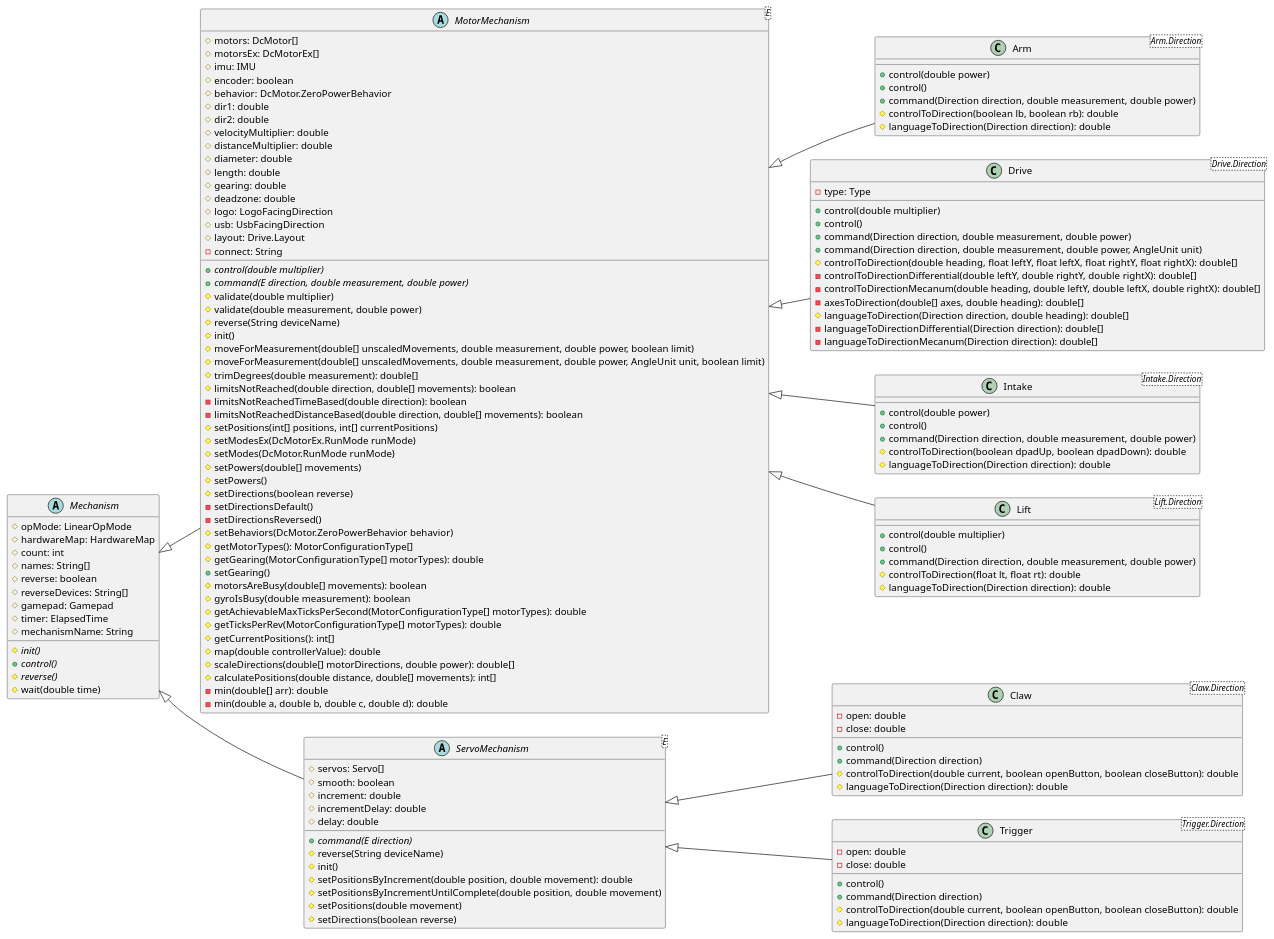
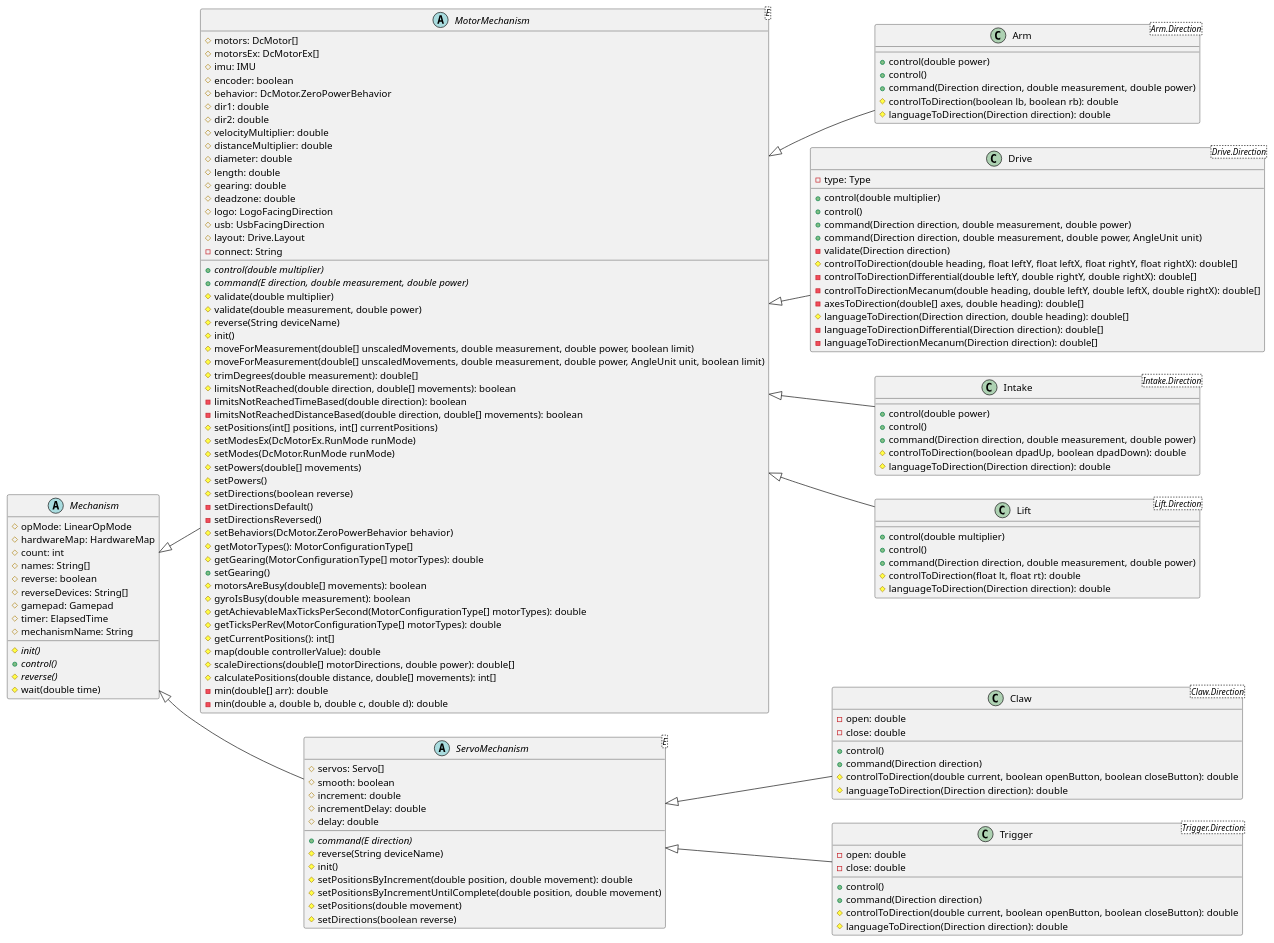
One commit to Collegiate-Edu-Nation/easy-ftc changed the diagram in docs/uml/src/mechanism.puml. Above: the diagram before and after it, drawn with PlantUML. The commit also changed 2 other files, not shown here.

```diff
--- a/docs/uml/src/mechanism.puml
+++ b/docs/uml/src/mechanism.puml
@@ -1,157 +1,158 @@
 @startuml
 
 left to right direction
 
 abstract class Mechanism {
     # opMode: LinearOpMode
     # hardwareMap: HardwareMap
     # count: int
     # names: String[]
     # reverse: boolean
     # reverseDevices: String[]
     # gamepad: Gamepad
     # timer: ElapsedTime
     # mechanismName: String
     {abstract}# init()
     {abstract}+ control()
     {abstract}# reverse()
     # wait(double time)
 }
 
 abstract class MotorMechanism<E> {
     # motors: DcMotor[] 
     # motorsEx: DcMotorEx[] 
     # imu: IMU
     # encoder: boolean
     # behavior: DcMotor.ZeroPowerBehavior
     # dir1: double
     # dir2: double
     # velocityMultiplier: double
     # distanceMultiplier: double
     # diameter: double
     # length: double
     # gearing: double
     # deadzone: double
     # logo: LogoFacingDirection
     # usb: UsbFacingDirection
     # layout: Drive.Layout
     - connect: String
     {abstract}+ control(double multiplier)
     {abstract}+ command(E direction, double measurement, double power)
     # validate(double multiplier)
     # validate(double measurement, double power)
     # reverse(String deviceName)
     # init()
     # moveForMeasurement(double[] unscaledMovements, double measurement, double power, boolean limit)
     # moveForMeasurement(double[] unscaledMovements, double measurement, double power, AngleUnit unit, boolean limit)
     # trimDegrees(double measurement): double[]
     # limitsNotReached(double direction, double[] movements): boolean
     - limitsNotReachedTimeBased(double direction): boolean
     - limitsNotReachedDistanceBased(double direction, double[] movements): boolean
     # setPositions(int[] positions, int[] currentPositions)
     # setModesEx(DcMotorEx.RunMode runMode)
     # setModes(DcMotor.RunMode runMode)
     # setPowers(double[] movements)
     # setPowers()
     # setDirections(boolean reverse)
     - setDirectionsDefault()
     - setDirectionsReversed()
     # setBehaviors(DcMotor.ZeroPowerBehavior behavior)
     # getMotorTypes(): MotorConfigurationType[]
     # getGearing(MotorConfigurationType[] motorTypes): double
     + setGearing()
     # motorsAreBusy(double[] movements): boolean
     # gyroIsBusy(double measurement): boolean
     # getAchievableMaxTicksPerSecond(MotorConfigurationType[] motorTypes): double
     # getTicksPerRev(MotorConfigurationType[] motorTypes): double
     # getCurrentPositions(): int[]
     # map(double controllerValue): double
     # scaleDirections(double[] motorDirections, double power): double[]
     # calculatePositions(double distance, double[] movements): int[]
     - min(double[] arr): double
     - min(double a, double b, double c, double d): double
 }
 
 abstract class ServoMechanism<E> {
     # servos: Servo[]
     # smooth: boolean
     # increment: double
     # incrementDelay: double
     # delay: double
     {abstract}+ command(E direction)
     # reverse(String deviceName)
     # init()
     # setPositionsByIncrement(double position, double movement): double
     # setPositionsByIncrementUntilComplete(double position, double movement)
     # setPositions(double movement)
     # setDirections(boolean reverse)
 }
 
 class Arm<Arm.Direction> {
     + control(double power)
     + control()
     + command(Direction direction, double measurement, double power)
     # controlToDirection(boolean lb, boolean rb): double
     # languageToDirection(Direction direction): double
 }
 
 class Claw<Claw.Direction> {
     - open: double
     - close: double
     + control()
     + command(Direction direction)
     # controlToDirection(double current, boolean openButton, boolean closeButton): double
     # languageToDirection(Direction direction): double
 }
 
 class Drive<Drive.Direction> {
     - type: Type
     + control(double multiplier)
     + control()
     + command(Direction direction, double measurement, double power)
     + command(Direction direction, double measurement, double power, AngleUnit unit)
+    - validate(Direction direction)
     # controlToDirection(double heading, float leftY, float leftX, float rightY, float rightX): double[]
     - controlToDirectionDifferential(double leftY, double rightY, double rightX): double[]
     - controlToDirectionMecanum(double heading, double leftY, double leftX, double rightX): double[]
     - axesToDirection(double[] axes, double heading): double[]
     # languageToDirection(Direction direction, double heading): double[]
     - languageToDirectionDifferential(Direction direction): double[]
     - languageToDirectionMecanum(Direction direction): double[]
 }
 
 class Intake<Intake.Direction> {
     + control(double power)
     + control()
     + command(Direction direction, double measurement, double power)
     # controlToDirection(boolean dpadUp, boolean dpadDown): double
     # languageToDirection(Direction direction): double
 }
 
 class Lift<Lift.Direction> {
     + control(double multiplier)
     + control()
     + command(Direction direction, double measurement, double power)
     # controlToDirection(float lt, float rt): double
     # languageToDirection(Direction direction): double
 }
 
 class Trigger<Trigger.Direction> {
     - open: double
     - close: double
     + control()
     + command(Direction direction)
     # controlToDirection(double current, boolean openButton, boolean closeButton): double
     # languageToDirection(Direction direction): double
 }
 
 Mechanism <|-- MotorMechanism
 Mechanism <|-- ServoMechanism
 
 MotorMechanism <|-- Arm
 ServoMechanism <|-- Claw
 MotorMechanism <|-- Drive
 MotorMechanism <|-- Intake
 MotorMechanism <|-- Lift
 ServoMechanism <|-- Trigger
 
 @enduml
```
